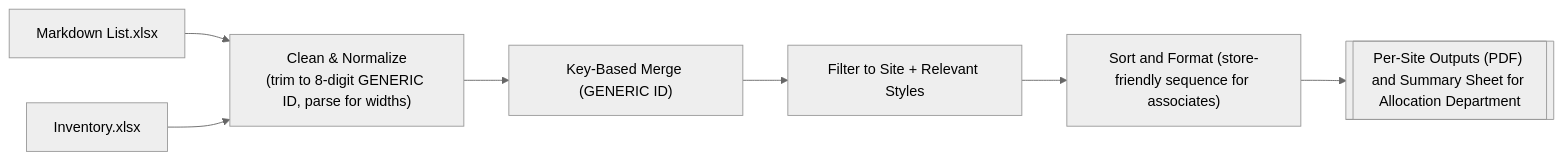
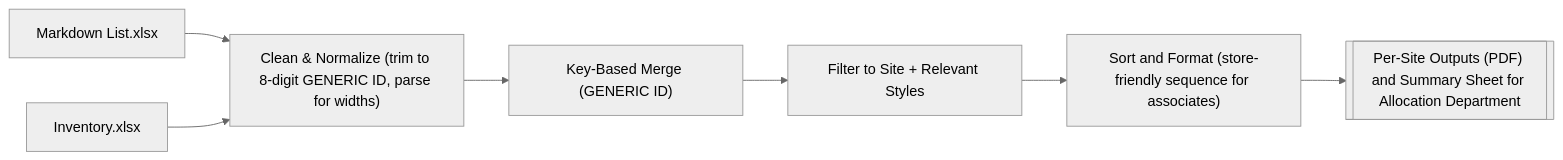
Before and after one commit to jedilio/portfolio: the diagram in projects/retail-markdowns.md, drawn with Mermaid (neutral theme).

````diff
--- a/projects/retail-markdowns.md
+++ b/projects/retail-markdowns.md
@@ -33,8 +33,8 @@
 ```mermaid
 flowchart LR
-  A[Markdown List.xlsx] & B[Inventory.xlsx] --> C["Clean & Normalize\n(trim to 8-digit GENERIC ID, parse for widths)"]
+  A[Markdown List.xlsx] & B[Inventory.xlsx] --> C["Clean & Normalize (trim to 8-digit GENERIC ID, parse for widths)"]
   C --> D["Key-Based Merge (GENERIC ID)"]
   D --> E["Filter to Site + Relevant Styles"]
   E --> F["Sort and Format (store-friendly sequence for associates)"]
   F --> G[["Per-Site Outputs (PDF) and Summary Sheet for Allocation Department"]]
 ```
````
